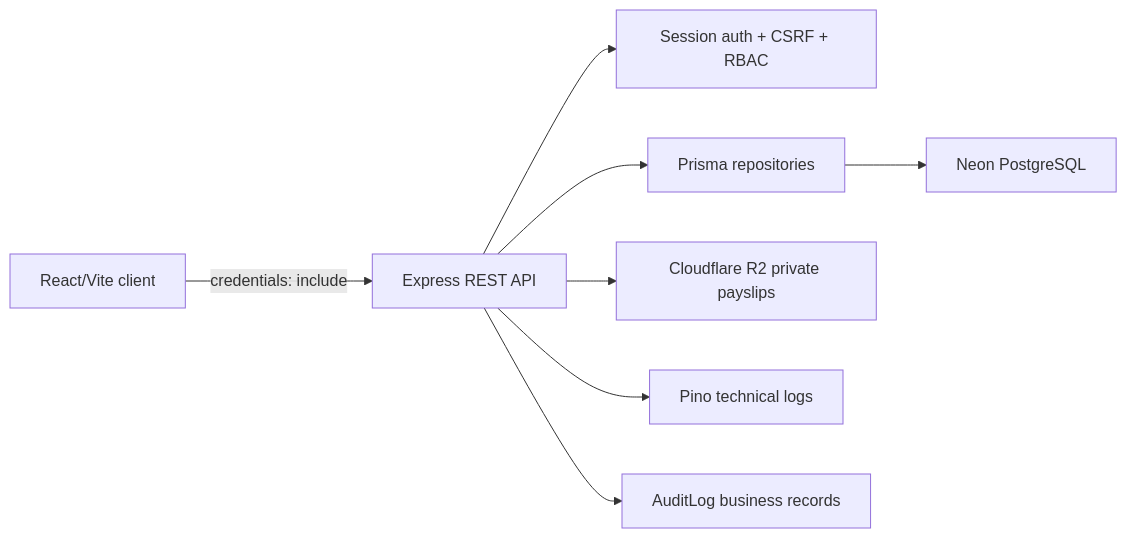
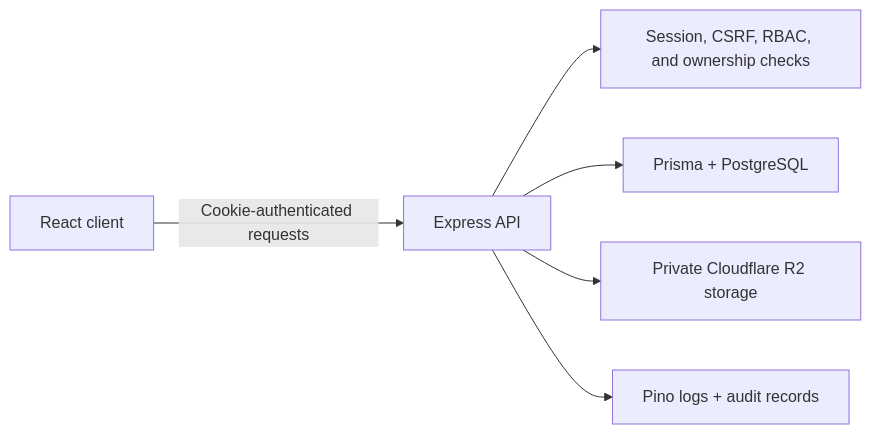
One commit to sen0mar/stafflow changed the diagram in README.md. Above: the diagram before and after it, drawn with Mermaid. The commit also changed other lines of this file and 5 other files, not shown here.

````diff
--- a/README.md
+++ b/README.md
@@ -35,10 +60,8 @@
 ```mermaid
 flowchart LR
-  Browser["React/Vite client"] -->|credentials: include| API["Express REST API"]
-  API --> Auth["Session auth + CSRF + RBAC"]
-  API --> Prisma["Prisma repositories"]
-  Prisma --> Postgres["Neon PostgreSQL"]
-  API --> R2["Cloudflare R2 private payslips"]
-  API --> Logs["Pino technical logs"]
-  API --> Audit["AuditLog business records"]
+  Client["React client"] -->|Cookie-authenticated requests| API["Express API"]
+  API --> Security["Session, CSRF, RBAC, and ownership checks"]
+  API --> Database["Prisma + PostgreSQL"]
+  API --> Storage["Private Cloudflare R2 storage"]
+  API --> Logging["Pino logs + audit records"]
 ```
````
